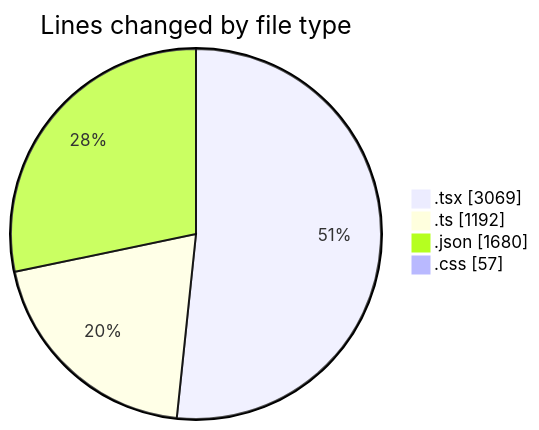
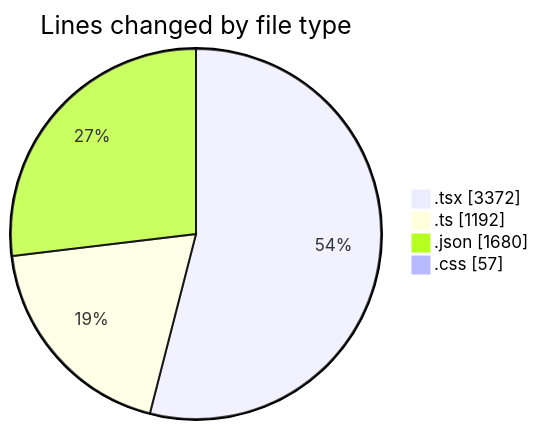
One commit to julien-gomy/code-tracking changed the first of 2 diagrams in 2025-10-09/eventscop-frontend-guide__workspace_/README.md. Above: the diagram before and after it, drawn with Mermaid. The commit also changed other lines of this file and 1 other file, not shown here.

````diff
--- a/2025-10-09/eventscop-frontend-guide__workspace_/README.md
+++ b/2025-10-09/eventscop-frontend-guide__workspace_/README.md
@@ -52,8 +53,8 @@
 ```mermaid
 pie showData
 title Lines changed by file type
-".tsx" : 3069
+".tsx" : 3372
 ".ts" : 1192
 ".json" : 1680
 ".css" : 57
 ```
````
